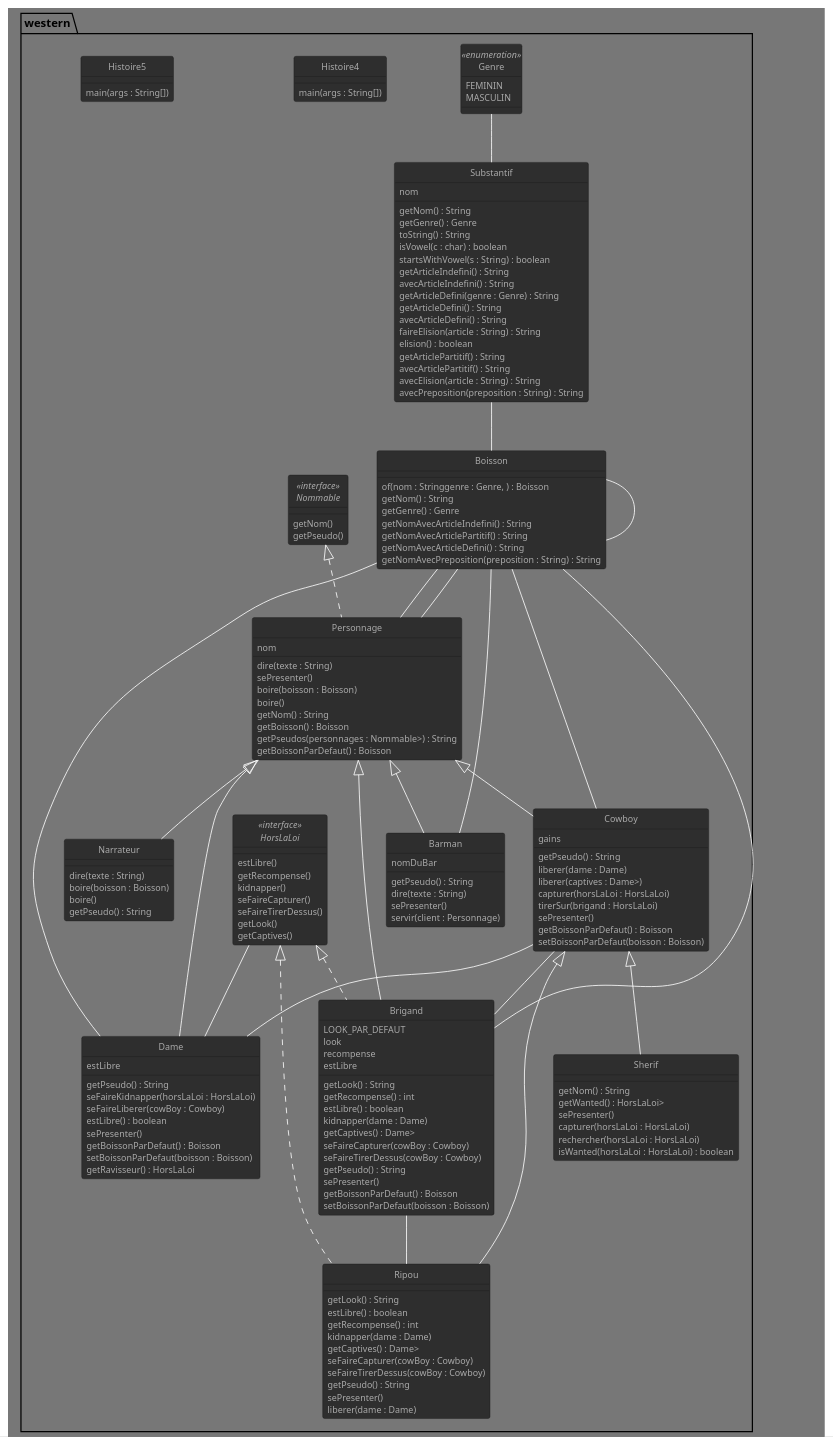
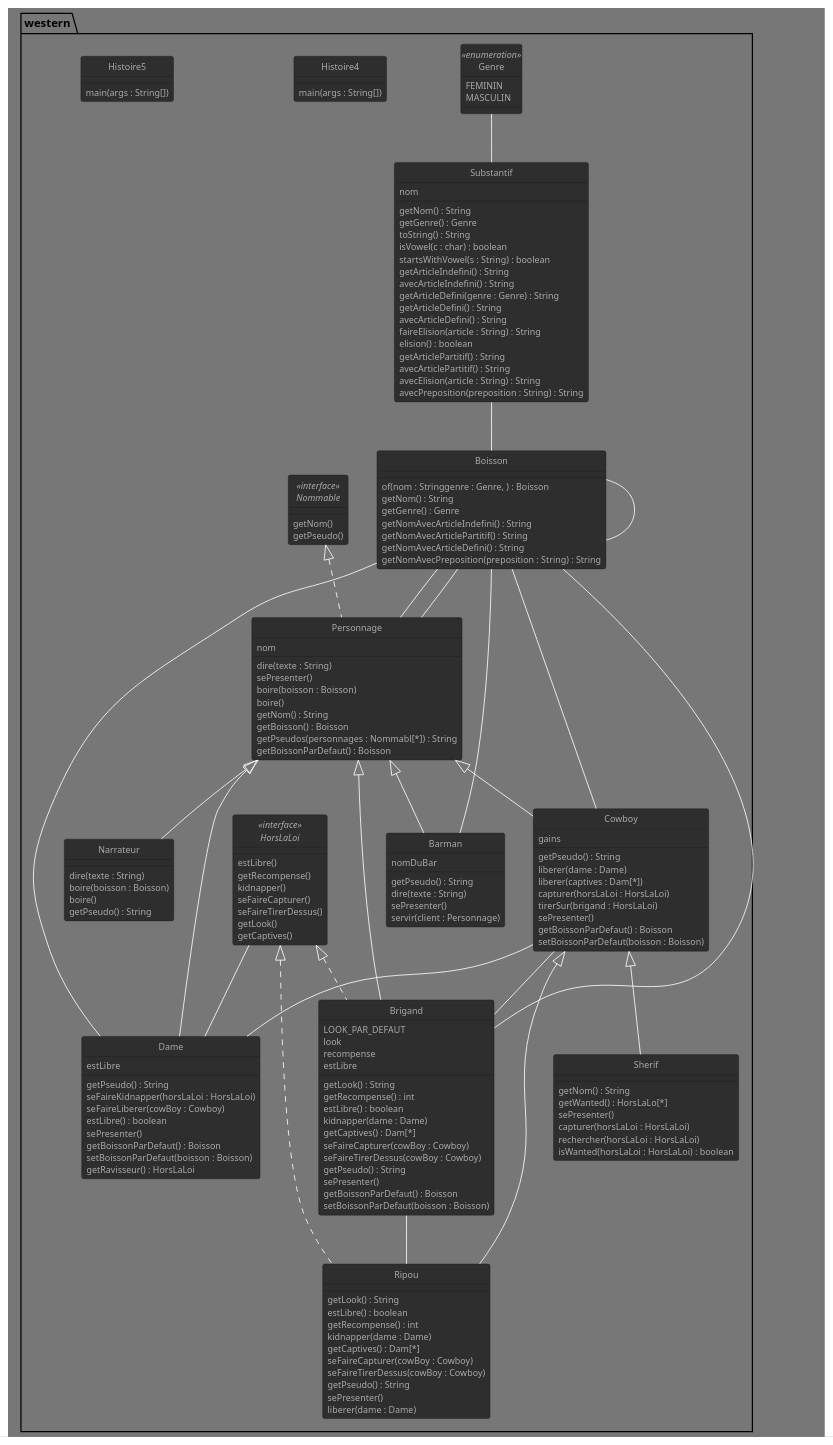
One commit to GlazKrovi/JavaToPlantUML changed the diagram in generates/pumls/DCC_western.puml. Above: the diagram before and after it, drawn with PlantUML. The commit also changed 5 other files, not shown here.

```diff
--- a/generates/pumls/DCC_western.puml
+++ b/generates/pumls/DCC_western.puml
@@ -1,169 +1,169 @@
 @startuml
 !theme reddress-darkgreen
 skinparam style strictuml
 
 package western {
 class Barman extends western.Personnage {
 nomDuBar
 getPseudo() : String
 dire(texte : String)
 sePresenter()
 servir(client : Personnage)
 
 }
 class Boisson {
 of(nom : Stringgenre : Genre, ) : Boisson
 getNom() : String
 getGenre() : Genre
 getNomAvecArticleIndefini() : String
 getNomAvecArticlePartitif() : String
 getNomAvecArticleDefini() : String
 getNomAvecPreposition(preposition : String) : String
 
 }
 class Brigand extends western.Personnage implements western.HorsLaLoi {
 LOOK_PAR_DEFAUT
 look
 recompense
 estLibre
 getLook() : String
 getRecompense() : int
 estLibre() : boolean
 kidnapper(dame : Dame)
-getCaptives() : Dame>
+getCaptives() : Dam[*]
 seFaireCapturer(cowBoy : Cowboy)
 seFaireTirerDessus(cowBoy : Cowboy)
 getPseudo() : String
 sePresenter()
 getBoissonParDefaut() : Boisson
 setBoissonParDefaut(boisson : Boisson)
 
 }
 class Cowboy extends western.Personnage {
 gains
 getPseudo() : String
 liberer(dame : Dame)
-liberer(captives : Dame>)
+liberer(captives : Dam[*])
 capturer(horsLaLoi : HorsLaLoi)
 tirerSur(brigand : HorsLaLoi)
 sePresenter()
 getBoissonParDefaut() : Boisson
 setBoissonParDefaut(boisson : Boisson)
 
 }
 class Dame extends western.Personnage {
 estLibre
 getPseudo() : String
 seFaireKidnapper(horsLaLoi : HorsLaLoi)
 seFaireLiberer(cowBoy : Cowboy)
 estLibre() : boolean
 sePresenter()
 getBoissonParDefaut() : Boisson
 setBoissonParDefaut(boisson : Boisson)
 getRavisseur() : HorsLaLoi
 
 }
 enum Genre <<enumeration>> {
 FEMININ
 MASCULIN
 
 }
 class Histoire4 {
 main(args : String[])
 
 }
 class Histoire5 {
 main(args : String[])
 
 }
 interface HorsLaLoi <<interface>> {
 estLibre()
 getRecompense()
 kidnapper()
 seFaireCapturer()
 seFaireTirerDessus()
 getLook()
 getCaptives()
 
 }
 class Narrateur extends western.Personnage {
 dire(texte : String)
 boire(boisson : Boisson)
 boire()
 getPseudo() : String
 
 }
 interface Nommable <<interface>> {
 getNom()
 getPseudo()
 
 }
 class Personnage implements western.Nommable {
 nom
 dire(texte : String)
 sePresenter()
 boire(boisson : Boisson)
 boire()
 getNom() : String
 getBoisson() : Boisson
-getPseudos(personnages : Nommable>) : String
+getPseudos(personnages : Nommabl[*]) : String
 getBoissonParDefaut() : Boisson
 
 }
 class Ripou extends western.Cowboy implements western.HorsLaLoi {
 getLook() : String
 estLibre() : boolean
 getRecompense() : int
 kidnapper(dame : Dame)
-getCaptives() : Dame>
+getCaptives() : Dam[*]
 seFaireCapturer(cowBoy : Cowboy)
 seFaireTirerDessus(cowBoy : Cowboy)
 getPseudo() : String
 sePresenter()
 liberer(dame : Dame)
 
 }
 class Sherif extends western.Cowboy {
 getNom() : String
-getWanted() : HorsLaLoi>
+getWanted() : HorsLaLo[*]
 sePresenter()
 capturer(horsLaLoi : HorsLaLoi)
 rechercher(horsLaLoi : HorsLaLoi)
 isWanted(horsLaLoi : HorsLaLoi) : boolean
 
 }
 class Substantif {
 nom
 getNom() : String
 getGenre() : Genre
 toString() : String
 isVowel(c : char) : boolean
 startsWithVowel(s : String) : boolean
 getArticleIndefini() : String
 avecArticleIndefini() : String
 getArticleDefini(genre : Genre) : String
 getArticleDefini() : String
 avecArticleDefini() : String
 faireElision(article : String) : String
 elision() : boolean
 getArticlePartitif() : String
 avecArticlePartitif() : String
 avecElision(article : String) : String
 avecPreposition(preposition : String) : String
 
 }
 western.Boisson -- Barman
 western.Substantif -- Boisson
 western.Boisson -- Boisson
 western.Cowboy -- Brigand
 western.Boisson -- Brigand
 western.Boisson -- Cowboy
 western.Cowboy -- Dame
 western.HorsLaLoi -- Dame
 western.Boisson -- Dame
 western.Boisson -- Personnage
 western.Boisson -- Personnage
 western.Brigand -- Ripou
 western.Genre -- Substantif
 
 @enduml
```
